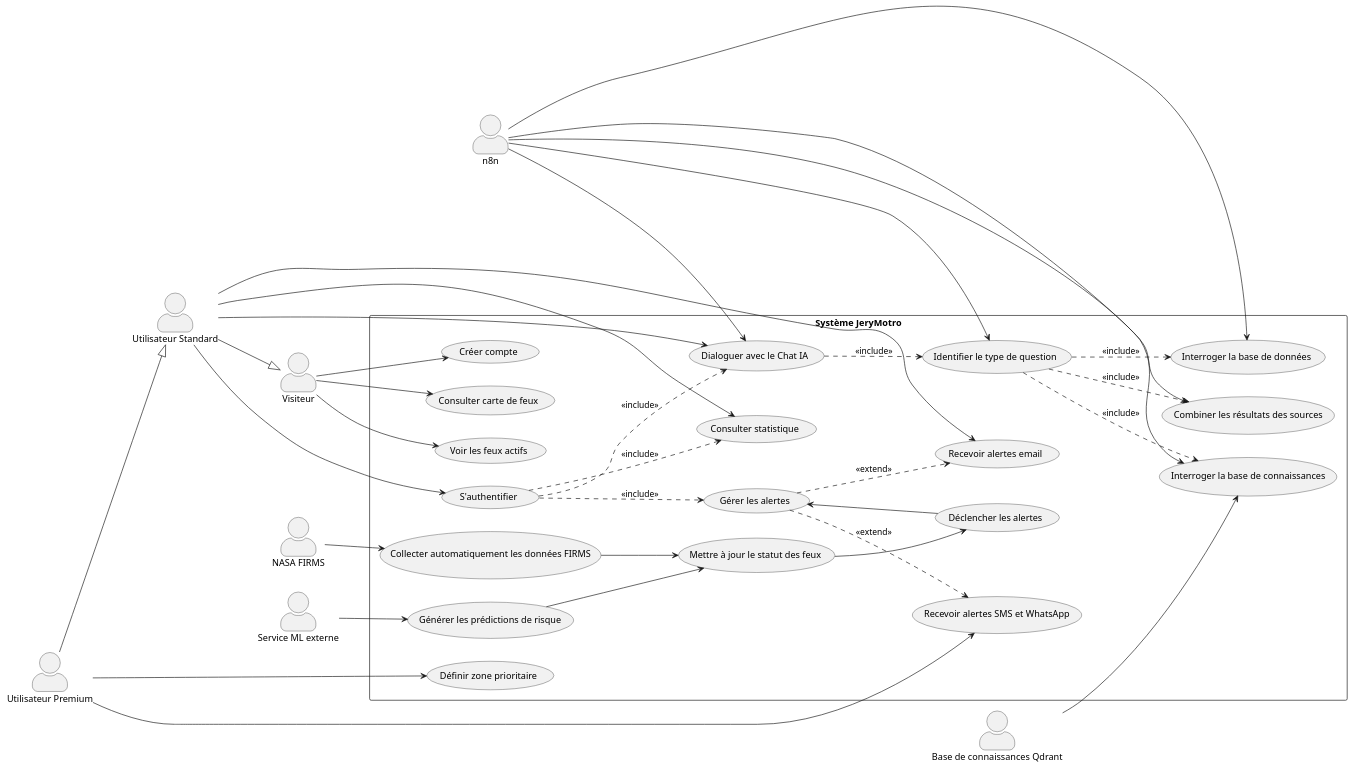
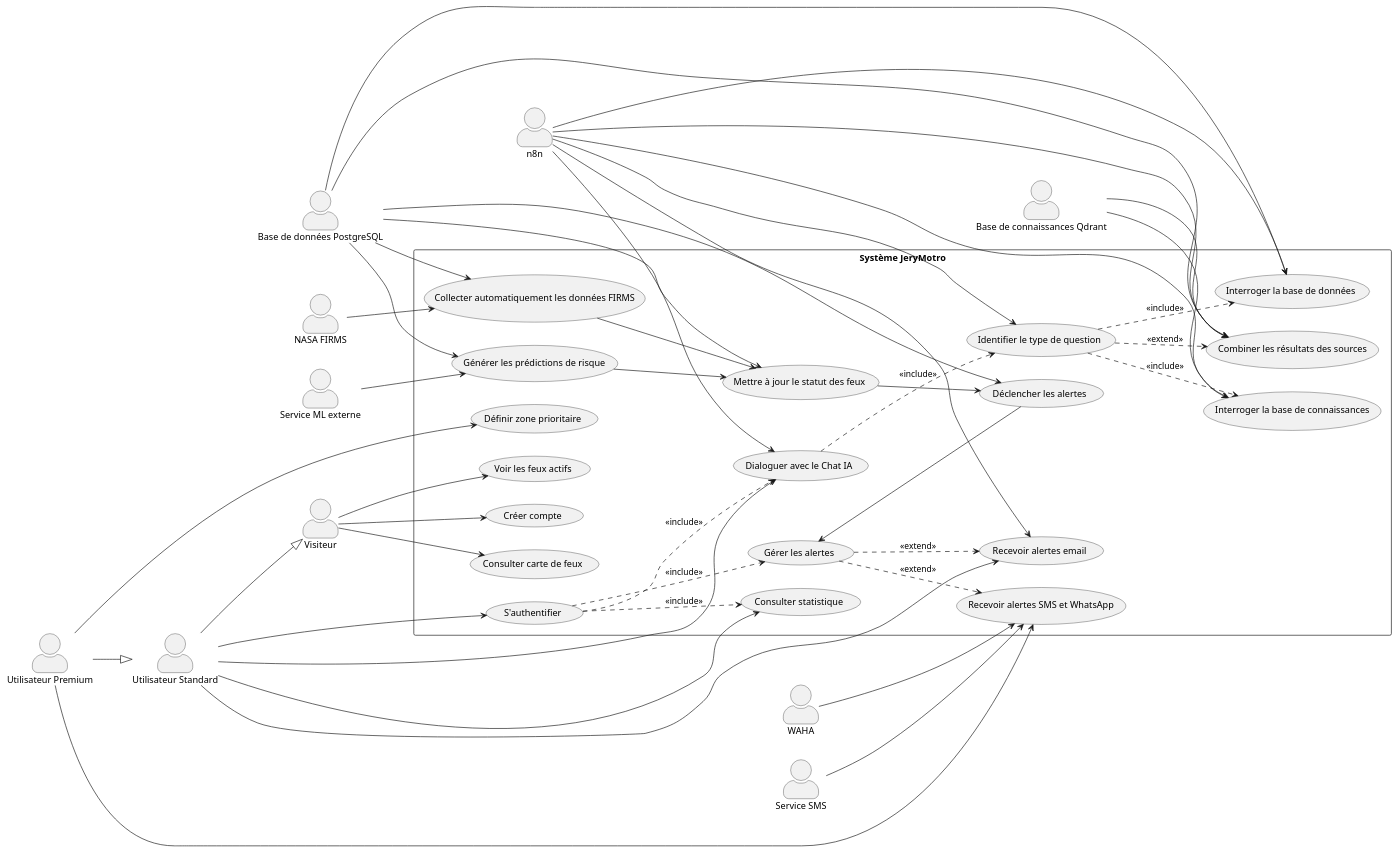
The diagram in UML_JeryMotro/DCU.plantuml (TkAbeleon/NoteAcemiqueProjetSoutenanceL3), drawn with PlantUML before and after one commit.

Commit message:
docs(uml): complete external service actors in DCU

```diff
--- a/UML_JeryMotro/DCU.plantuml
+++ b/UML_JeryMotro/DCU.plantuml
@@ -1,94 +1,109 @@
 @startuml
 left to right direction
 
 skinparam packageStyle rectangle
 skinparam actorStyle awesome
 
 actor "Visiteur" as Visiteur
 actor "Utilisateur Standard" as Standard
 actor "Utilisateur Premium" as Premium
 
 actor "NASA FIRMS" as FIRMS
 actor "Service ML externe" as ML
 actor "n8n" as N8N
 actor "Base de connaissances Qdrant" as Qdrant
+actor "Base de données PostgreSQL" as PSQL
+actor "WAHA" as WAHA
+actor "Service SMS" as SMS
 
 rectangle "Système JeryMotro" {
 
     usecase "Consulter carte de feux" as UC1
     usecase "Voir les feux actifs" as UC2
     usecase "Créer compte" as UC3
 
     usecase "S'authentifier" as UC4
     usecase "Consulter statistique" as UC5
     usecase "Dialoguer avec le Chat IA" as UC6
     usecase "Recevoir alertes email" as UC7
 
     usecase "Définir zone prioritaire" as UC8
     usecase "Recevoir alertes SMS et WhatsApp" as UC9
 
     usecase "Gérer les alertes" as UC10
 
     usecase "Collecter automatiquement les données FIRMS" as UC11
     usecase "Générer les prédictions de risque" as UC12
     usecase "Mettre à jour le statut des feux" as UC13
     usecase "Déclencher les alertes" as UC14
 
     usecase "Identifier le type de question" as UC15
     usecase "Interroger la base de données" as UC16
     usecase "Interroger la base de connaissances" as UC17
     usecase "Combiner les résultats des sources" as UC18
 }
 
 ' Associations avec les utilisateurs
 Visiteur --> UC1
 Visiteur --> UC2
 Visiteur --> UC3
 
 Standard --> UC4
 Standard --> UC5
 Standard --> UC6
 Standard --> UC7
 
 Premium --> UC8
 Premium --> UC9
 
 ' Relations entre acteurs
 Standard --|> Visiteur
 Premium --|> Standard
 
 ' Gestion des alertes
 UC4 ..> UC10 : <<include>>
 UC4 ..> UC5 : <<include>>
 UC4 ..> UC6 : <<include>>
 UC10 ..> UC7 : <<extend>>
 UC10 ..> UC9 : <<extend>>
 
 ' Collecte des données externes
 FIRMS --> UC11
+PSQL --> UC11
 
 ' Traitement ML externe
 ML --> UC12
+PSQL --> UC12
 
 ' Traitements internes
 UC11 --> UC13
 UC12 --> UC13
+PSQL --> UC13
 UC13 --> UC14
 UC10 <-- UC14
+PSQL --> UC14
 
 ' Chat IA avec n8n
 N8N --> UC6
 N8N --> UC15
 N8N --> UC16
 N8N --> UC17
 N8N --> UC18
 
 UC6 ..> UC15 : <<include>>
 UC15 ..> UC16 : <<include>>
 UC15 ..> UC17 : <<include>>
-UC15 ..> UC18 : <<include>>
+UC15 ..> UC18 : <<extend>>
 
-' Base de connaissances externe
+' Sources du Chat IA
+PSQL --> UC16
 Qdrant --> UC17
+PSQL --> UC18
+Qdrant --> UC18
+
+' Notifications externes
+N8N --> UC7
+WAHA --> UC9
+SMS --> UC9
 
 @enduml
```
